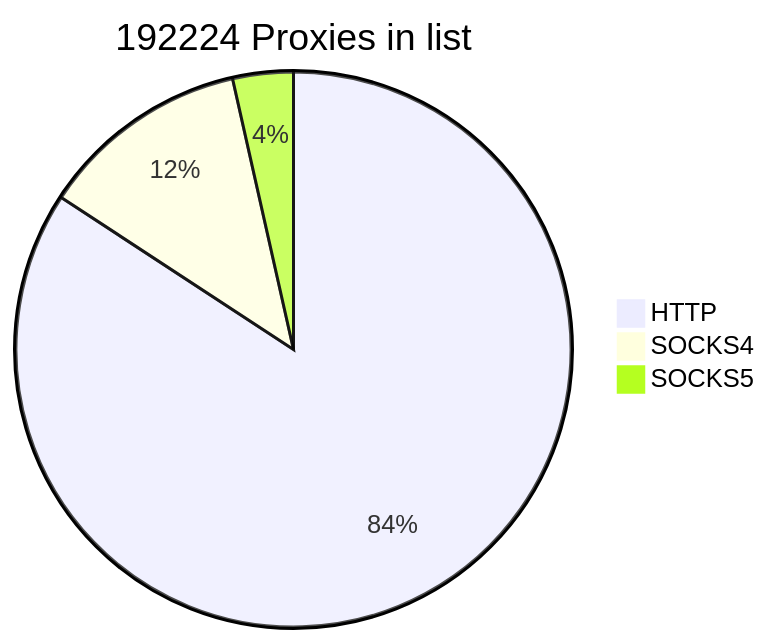
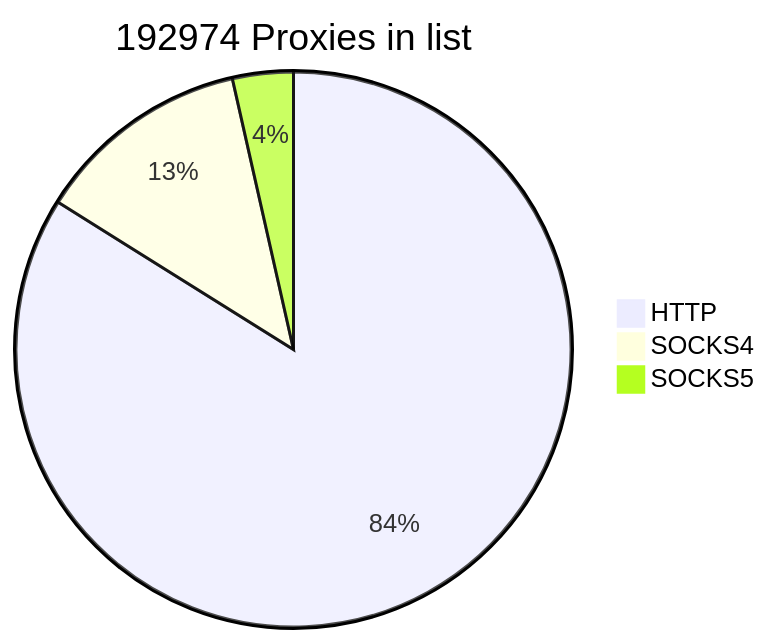
One commit to cutipu/proxylist changed the first of 2 diagrams in README.md. Above: the diagram before and after it, drawn with Mermaid. The commit also changed other lines of this file, not shown here.

````diff
--- a/README.md
+++ b/README.md
@@ -2,7 +2,7 @@
 ```mermaid
-pie title 192224 Proxies in list
+pie title 192974 Proxies in list
     "HTTP" : 161902
-    "SOCKS4" : 23551
-    "SOCKS5" : 6771
+    "SOCKS4" : 24253
+    "SOCKS5" : 6819
             
 ```
````
